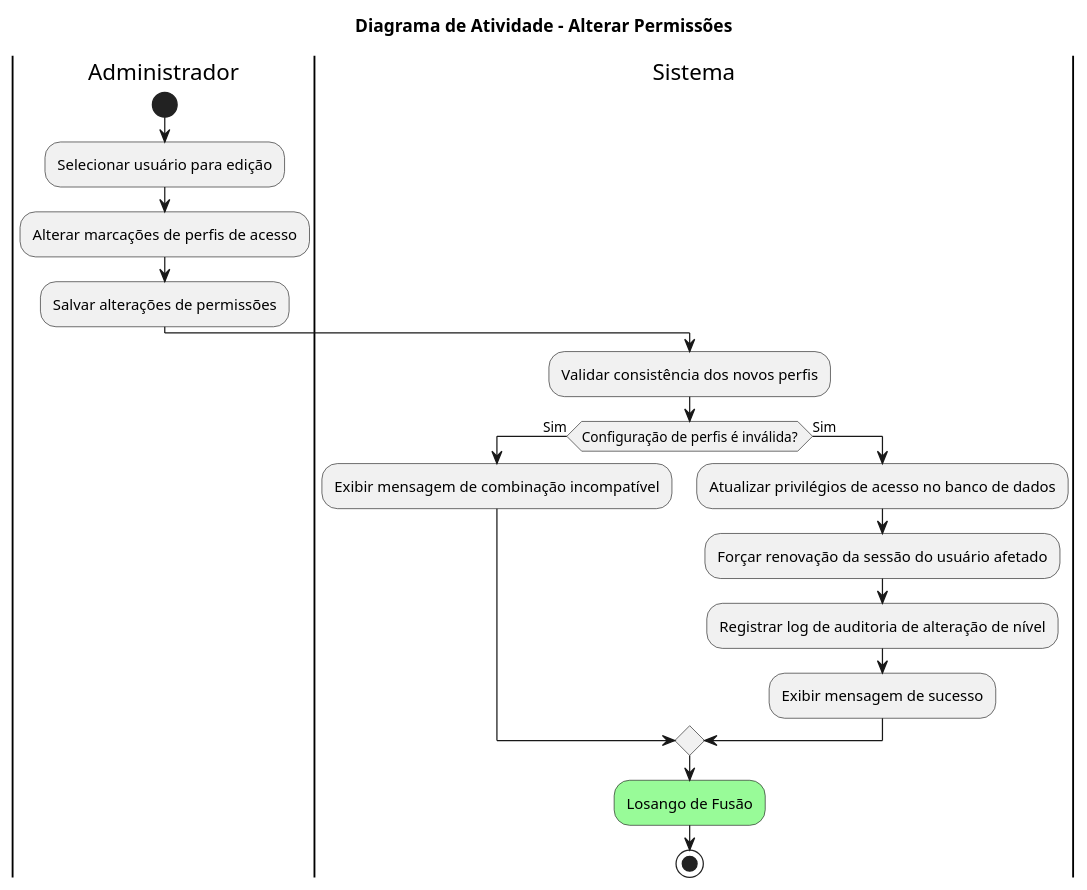
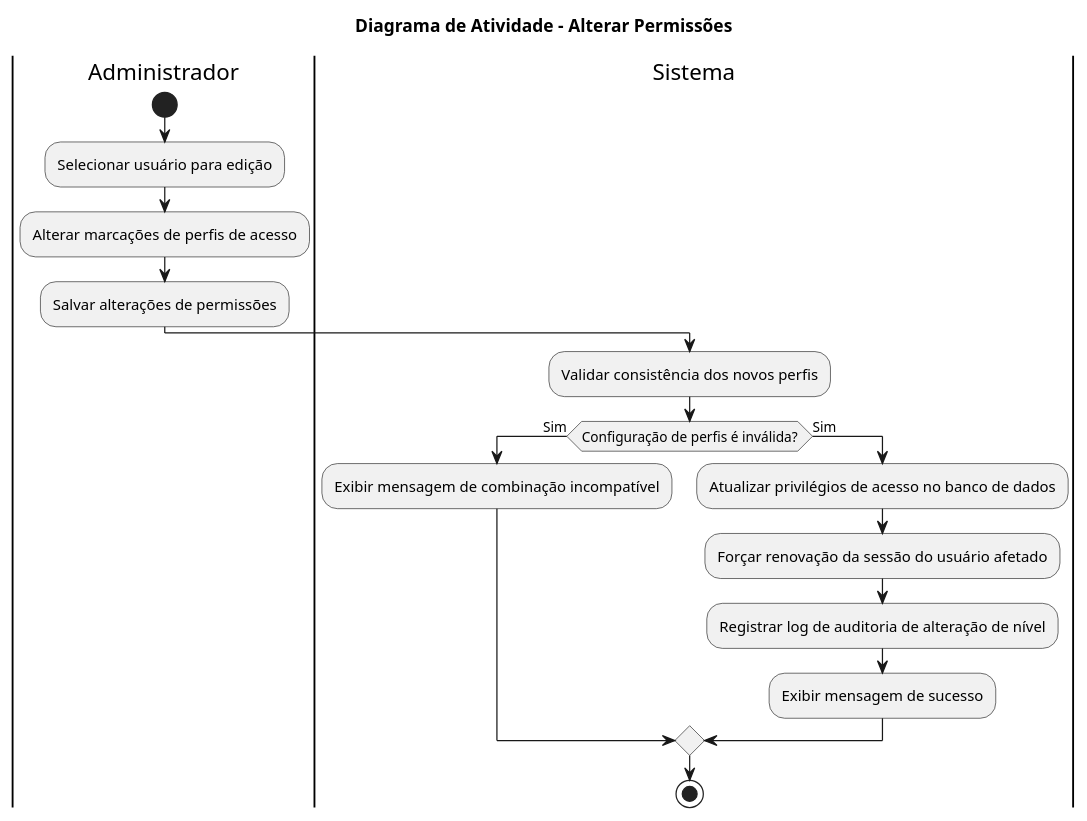
One commit to MelquisedequeVital/SisCom_Casos-de-Uso changed the diagram in classes/activity_diagrams/Administrador/alterarPermissoes/diagrama.puml. Above: the diagram before and after it, drawn with PlantUML. The commit also changed 18 other files, not shown here.

```diff
--- a/classes/activity_diagrams/Administrador/alterarPermissoes/diagrama.puml
+++ b/classes/activity_diagrams/Administrador/alterarPermissoes/diagrama.puml
@@ -1,23 +1,22 @@
 @startuml
 title Diagrama de Atividade - Alterar Permissões
 
 |Administrador|
 start
 :Selecionar usuário para edição;
 :Alterar marcações de perfis de acesso;
 :Salvar alterações de permissões;
 
 |Sistema|
 :Validar consistência dos novos perfis;
 if (Configuração de perfis é inválida?) then (Sim)
   :Exibir mensagem de combinação incompatível;
 else (Sim)
   :Atualizar privilégios de acesso no banco de dados;
   :Forçar renovação da sessão do usuário afetado;
   :Registrar log de auditoria de alteração de nível;
   :Exibir mensagem de sucesso;
 endif
 
-#palegreen:Losango de Fusão;
 stop
 @enduml
```
